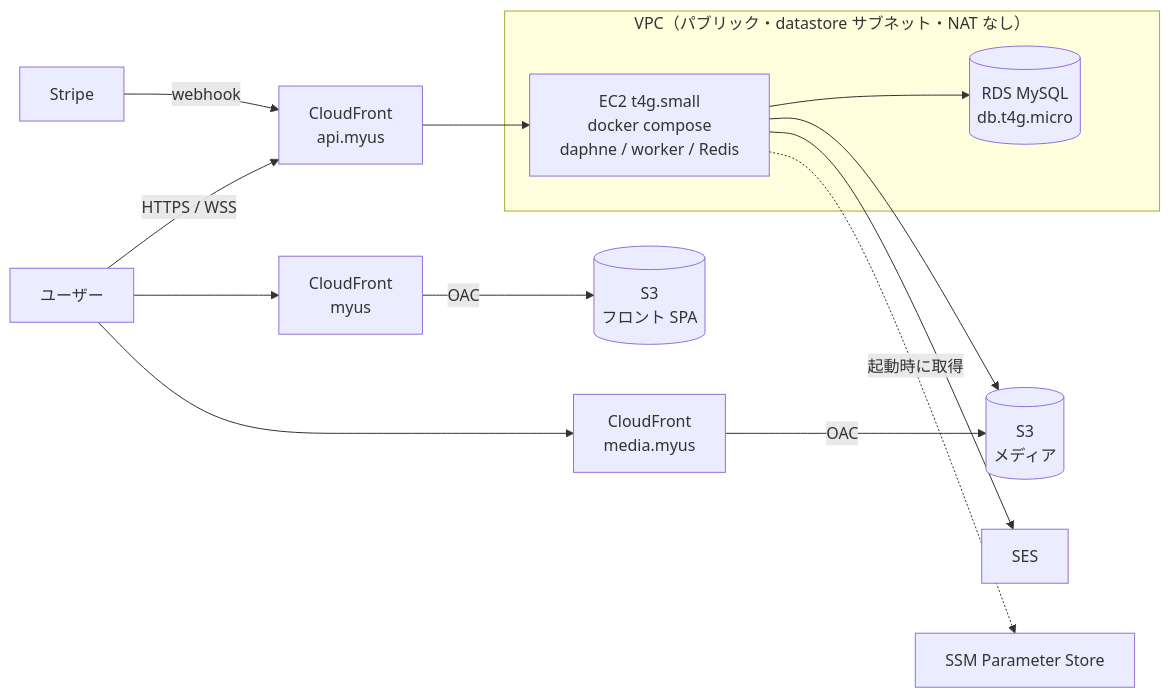
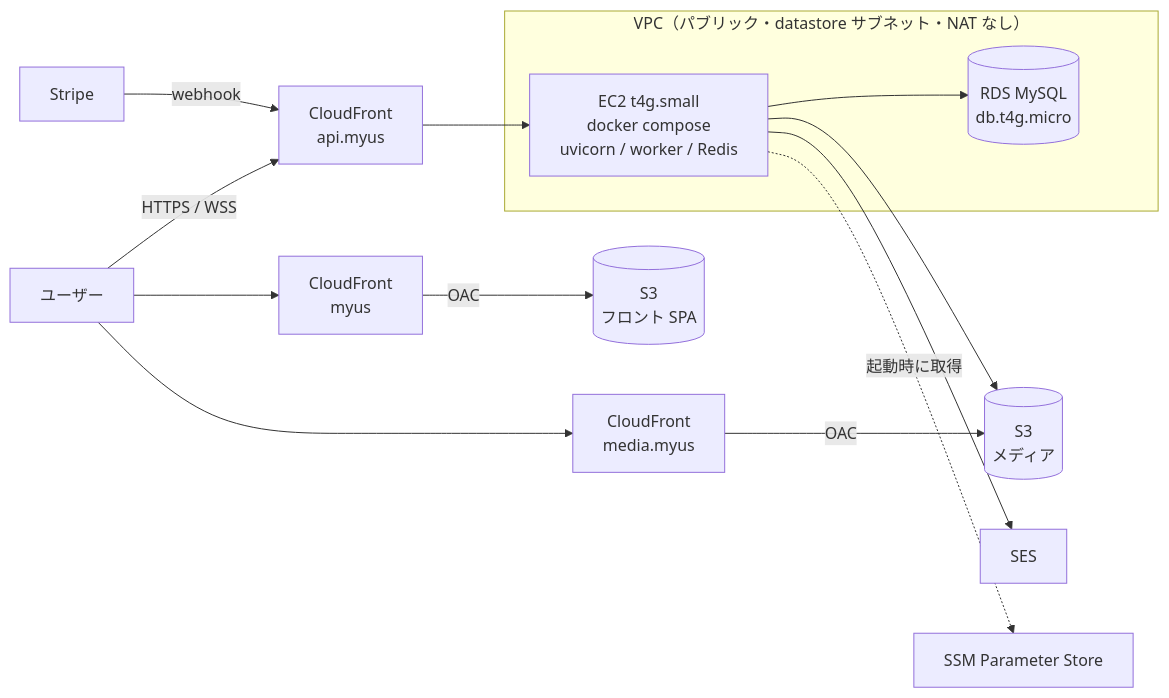
Before and after one commit to ANFINII/MyUs: the first of 6 diagrams in docs/infrastructure.md, drawn with Mermaid. The commit also changed other lines of this file and 5 other files, not shown here.

Commit message:
【back】本番の ASGI サーバーを daphne から uvicorn にし、大きいファイルを上げてもメモリに丸ごと載せない (#1574)

````diff
--- a/docs/infrastructure.md
+++ b/docs/infrastructure.md
@@ -34,25 +34,25 @@
 ```mermaid
 flowchart LR
     User[ユーザー]
     CF_FRONT[CloudFront<br/>myus]
     S3_FRONT[(S3<br/>フロント SPA)]
     CF_API[CloudFront<br/>api.myus]
     CF_MEDIA[CloudFront<br/>media.myus]
     subgraph VPC[VPC（パブリック・datastore サブネット・NAT なし）]
-        EC2[EC2 t4g.small<br/>docker compose<br/>daphne / worker / Redis]
+        EC2[EC2 t4g.small<br/>docker compose<br/>uvicorn / worker / Redis]
         RDS[(RDS MySQL<br/>db.t4g.micro)]
     end
     S3[(S3<br/>メディア)]
     SES[SES]
     Stripe[Stripe]
     SSM[SSM Parameter Store]
 
     User --> CF_FRONT -->|OAC| S3_FRONT
     User -->|HTTPS / WSS| CF_API --> EC2
     User --> CF_MEDIA -->|OAC| S3
     EC2 --> RDS
     EC2 --> S3
     EC2 --> SES
     EC2 -.起動時に取得.-> SSM
     Stripe -->|webhook| CF_API
 ```
````
